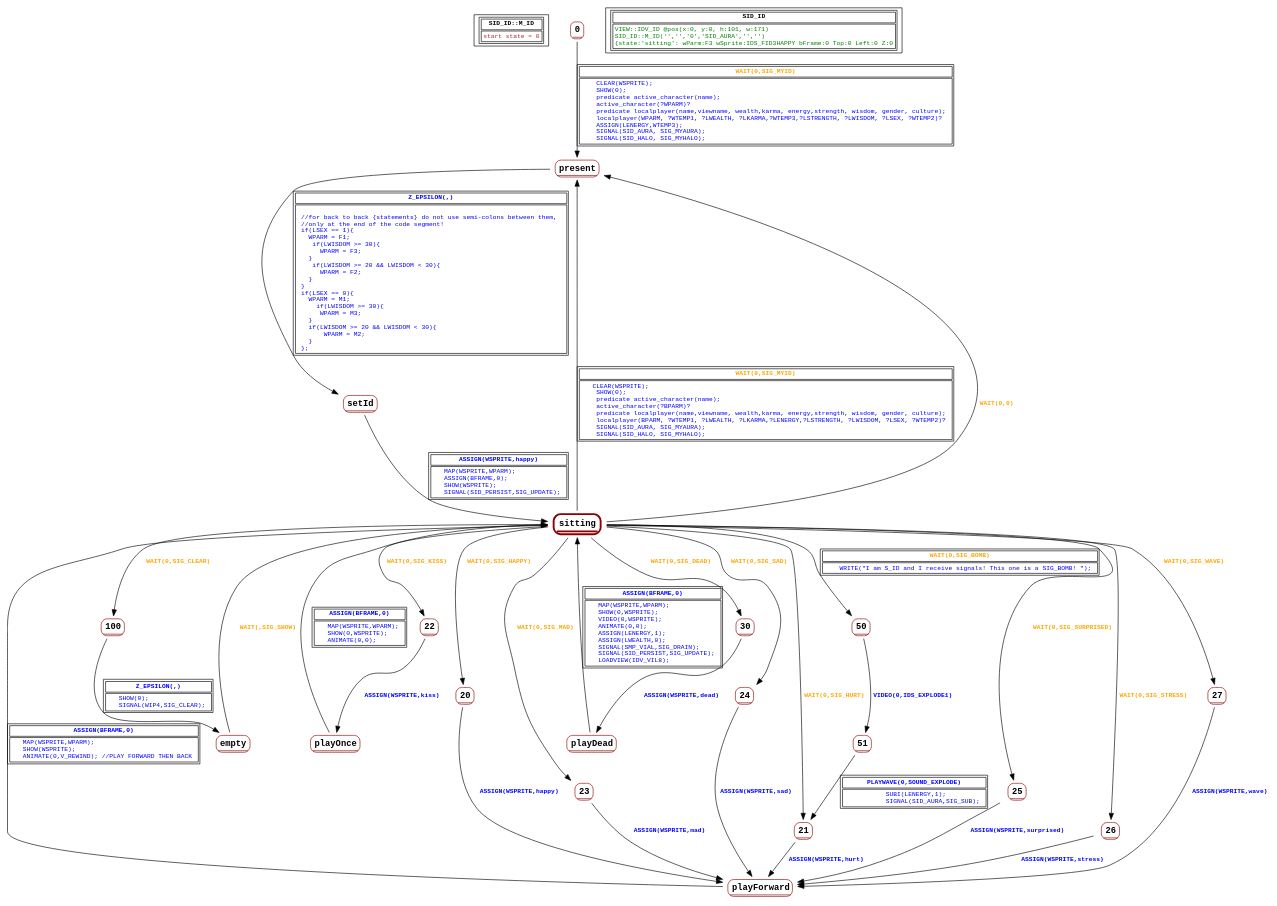
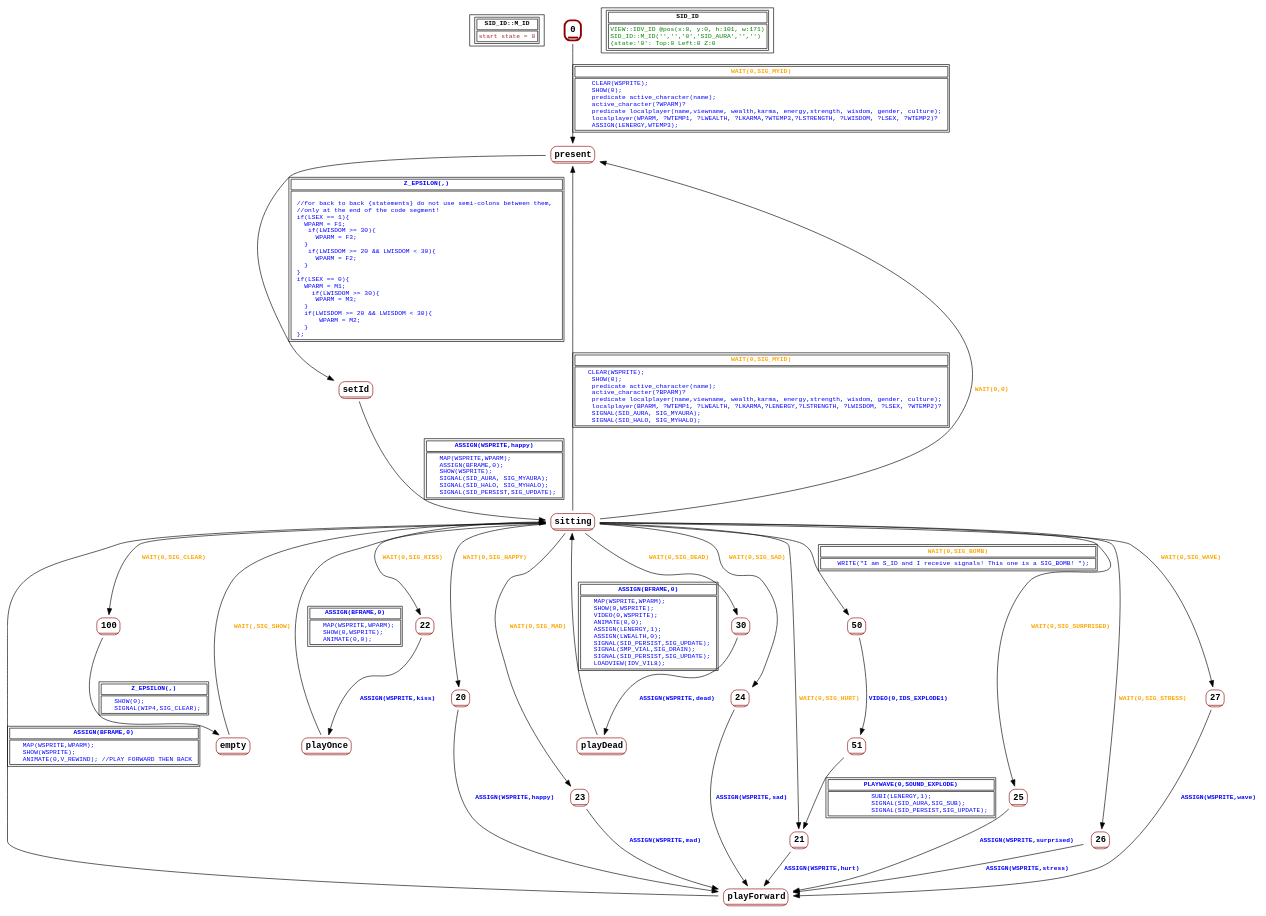
The diagram in graphs/SID_ID.dot (guy-stewart/AzariaCD), drawn with Graphviz before and after one commit. The commit also changed 31 other files, not shown here.

```diff
--- a/graphs/SID_ID.dot
+++ b/graphs/SID_ID.dot
@@ -4,10 +4,10 @@
 	filename[shape = record, fontsize=10, label=< <table border="1"><tr><td><b>SID_ID::M_ID<br align="left"/></b></td></tr>
 <tr><td><font point-size="10" color ="brown">start state = 0<br align="left"/></font></td></tr></table>>
 ];
-	0[shape = none, fontsize=14, label=< <table border="1" color="darkred" style="rounded"><tr><td sides="b"><b>0<br align="left"/></b></td></tr>
+	0[shape = none, fontsize=14, label=< <table border="3" color="darkred" style="rounded"><tr><td sides="b"><b>0<br align="left"/></b></td></tr>
 </table>>];
 "0" -> "present" [fontcolor=orange,fontsize=10,fontname="Courier New", label=< <table border="1"><tr><td><b>WAIT(0,SIG_MYID)<br align="left"/></b></td></tr>
-<tr><td><font point-size="10" color ="blue">     CLEAR(WSPRITE);<br align="left"/>     SHOW(0);<br align="left"/>     predicate active_character(name);<br align="left"/>     active_character(?WPARM)?<br align="left"/>     predicate localplayer(name,viewname, wealth,karma, energy,strength, wisdom, gender, culture);<br align="left"/>     localplayer(WPARM, ?WTEMP1, ?LWEALTH, ?LKARMA,?WTEMP3,?LSTRENGTH, ?LWISDOM, ?LSEX, ?WTEMP2)?<br align="left"/>     ASSIGN(LENERGY,WTEMP3);<br align="left"/>     SIGNAL(SID_AURA, SIG_MYAURA);<br align="left"/>     SIGNAL(SID_HALO, SIG_MYHALO);<br align="left"/></font></td></tr></table>>
+<tr><td><font point-size="10" color ="blue">     CLEAR(WSPRITE);<br align="left"/>     SHOW(0);<br align="left"/>     predicate active_character(name);<br align="left"/>     active_character(?WPARM)?<br align="left"/>     predicate localplayer(name,viewname, wealth,karma, energy,strength, wisdom, gender, culture);<br align="left"/>     localplayer(WPARM, ?WTEMP1, ?LWEALTH, ?LKARMA,?WTEMP3,?LSTRENGTH, ?LWISDOM, ?LSEX, ?WTEMP2)?<br align="left"/>     ASSIGN(LENERGY,WTEMP3);<br align="left"/></font></td></tr></table>>
 ];
 	100[shape = none, fontsize=14, label=< <table border="1" color="darkred" style="rounded"><tr><td sides="b"><b>100<br align="left"/></b></td></tr>
 </table>>];
@@ -67,7 +67,7 @@
 	51[shape = none, fontsize=14, label=< <table border="1" color="darkred" style="rounded"><tr><td sides="b"><b>51<br align="left"/></b></td></tr>
 </table>>];
 "51" -> "21" [fontcolor=blue,fontsize=10,fontname="Courier New", label=< <table border="1"><tr><td><b>PLAYWAVE(0,SOUND_EXPLODE)<br align="left"/></b></td></tr>
-<tr><td><font point-size="10" color ="blue">            SUBI(LENERGY,1);<br align="left"/>            SIGNAL(SID_AURA,SIG_SUB);<br align="left"/></font></td></tr></table>>
+<tr><td><font point-size="10" color ="blue">            SUBI(LENERGY,1);<br align="left"/>            SIGNAL(SID_AURA,SIG_SUB);<br align="left"/>            SIGNAL(SID_PERSIST,SIG_UPDATE);<br align="left"/></font></td></tr></table>>
 ];
 	empty[shape = none, fontsize=14, label=< <table border="1" color="darkred" style="rounded"><tr><td sides="b"><b>empty<br align="left"/></b></td></tr>
 </table>>];
@@ -77,7 +77,7 @@
 	playDead[shape = none, fontsize=14, label=< <table border="1" color="darkred" style="rounded"><tr><td sides="b"><b>playDead<br align="left"/></b></td></tr>
 </table>>];
 "playDead" -> "sitting" [fontcolor=blue,fontsize=10,fontname="Courier New", label=< <table border="1"><tr><td><b>ASSIGN(BFRAME,0)<br align="left"/></b></td></tr>
-<tr><td><font point-size="10" color ="blue">    MAP(WSPRITE,WPARM);<br align="left"/>    SHOW(0,WSPRITE);<br align="left"/>    VIDEO(0,WSPRITE);<br align="left"/>    ANIMATE(0,0);<br align="left"/>    ASSIGN(LENERGY,1);<br align="left"/>    ASSIGN(LWEALTH,0);<br align="left"/>    SIGNAL(SMP_VIAL,SIG_DRAIN);<br align="left"/>    SIGNAL(SID_PERSIST,SIG_UPDATE);<br align="left"/>    LOADVIEW(IDV_VIL8);<br align="left"/></font></td></tr></table>>
+<tr><td><font point-size="10" color ="blue">    MAP(WSPRITE,WPARM);<br align="left"/>    SHOW(0,WSPRITE);<br align="left"/>    VIDEO(0,WSPRITE);<br align="left"/>    ANIMATE(0,0);<br align="left"/>    ASSIGN(LENERGY,1);<br align="left"/>    ASSIGN(LWEALTH,0);<br align="left"/>    SIGNAL(SID_PERSIST,SIG_UPDATE);<br align="left"/>    SIGNAL(SMP_VIAL,SIG_DRAIN);<br align="left"/>    SIGNAL(SID_PERSIST,SIG_UPDATE);<br align="left"/>    LOADVIEW(IDV_VIL8);<br align="left"/></font></td></tr></table>>
 ];
 	playForward[shape = none, fontsize=14, label=< <table border="1" color="darkred" style="rounded"><tr><td sides="b"><b>playForward<br align="left"/></b></td></tr>
 </table>>];
@@ -97,9 +97,9 @@
 	setId[shape = none, fontsize=14, label=< <table border="1" color="darkred" style="rounded"><tr><td sides="b"><b>setId<br align="left"/></b></td></tr>
 </table>>];
 "setId" -> "sitting" [fontcolor=blue,fontsize=10,fontname="Courier New", label=< <table border="1"><tr><td><b>ASSIGN(WSPRITE,happy)<br align="left"/></b></td></tr>
-<tr><td><font point-size="10" color ="blue">    MAP(WSPRITE,WPARM);<br align="left"/>    ASSIGN(BFRAME,0);<br align="left"/>    SHOW(WSPRITE);<br align="left"/>    SIGNAL(SID_PERSIST,SIG_UPDATE);<br align="left"/></font></td></tr></table>>
+<tr><td><font point-size="10" color ="blue">    MAP(WSPRITE,WPARM);<br align="left"/>    ASSIGN(BFRAME,0);<br align="left"/>    SHOW(WSPRITE);<br align="left"/>    SIGNAL(SID_AURA, SIG_MYAURA);<br align="left"/>    SIGNAL(SID_HALO, SIG_MYHALO);<br align="left"/>    SIGNAL(SID_PERSIST,SIG_UPDATE);<br align="left"/></font></td></tr></table>>
 ];
-	sitting[shape = none, fontsize=14, label=< <table border="3" color="darkred" style="rounded"><tr><td sides="b"><b>sitting<br align="left"/></b></td></tr>
+	sitting[shape = none, fontsize=14, label=< <table border="1" color="darkred" style="rounded"><tr><td sides="b"><b>sitting<br align="left"/></b></td></tr>
 </table>>];
 "sitting" -> "present" [fontcolor=orange,fontsize=10,fontname="Courier New", label=< <table border="1"><tr><td><b>WAIT(0,SIG_MYID)<br align="left"/></b></td></tr>
 <tr><td><font point-size="10" color ="blue">    CLEAR(WSPRITE);<br align="left"/>     SHOW(0);<br align="left"/>     predicate active_character(name);<br align="left"/>     active_character(?BPARM)?<br align="left"/>     predicate localplayer(name,viewname, wealth,karma, energy,strength, wisdom, gender, culture);<br align="left"/>     localplayer(BPARM, ?WTEMP1, ?LWEALTH, ?LKARMA,?LENERGY,?LSTRENGTH, ?LWISDOM, ?LSEX, ?WTEMP2)?<br align="left"/>     SIGNAL(SID_AURA, SIG_MYAURA);<br align="left"/>     SIGNAL(SID_HALO, SIG_MYHALO);<br align="left"/></font></td></tr></table>>
@@ -141,6 +141,6 @@
 </table>>
 ];
 	status[shape = record, fontsize=10, label=< <table border="1"><tr><td><b>SID_ID<br align="left"/></b></td></tr>
-<tr><td><font point-size="10" color ="green">VIEW::IDV_ID @pos(x:0, y:0, h:101, w:171)<br align="left"/>SID_ID::M_ID(&apos;&apos;,&apos;&apos;,&apos;0&apos;,&apos;SID_AURA&apos;,&apos;&apos;,&apos;&apos;)<br align="left"/>			&#123;state:&apos;sitting&apos;: wParm:F3 wSprite:IDS_FID3HAPPY bFrame:0 Top:0 Left:0 Z:0<br align="left"/></font></td></tr></table>>
+<tr><td><font point-size="10" color ="green">VIEW::IDV_ID @pos(x:0, y:0, h:101, w:171)<br align="left"/>SID_ID::M_ID(&apos;&apos;,&apos;&apos;,&apos;0&apos;,&apos;SID_AURA&apos;,&apos;&apos;,&apos;&apos;)<br align="left"/>			&#123;state:&apos;0&apos;: Top:0 Left:0 Z:0<br align="left"/></font></td></tr></table>>
 ];
 }
```
